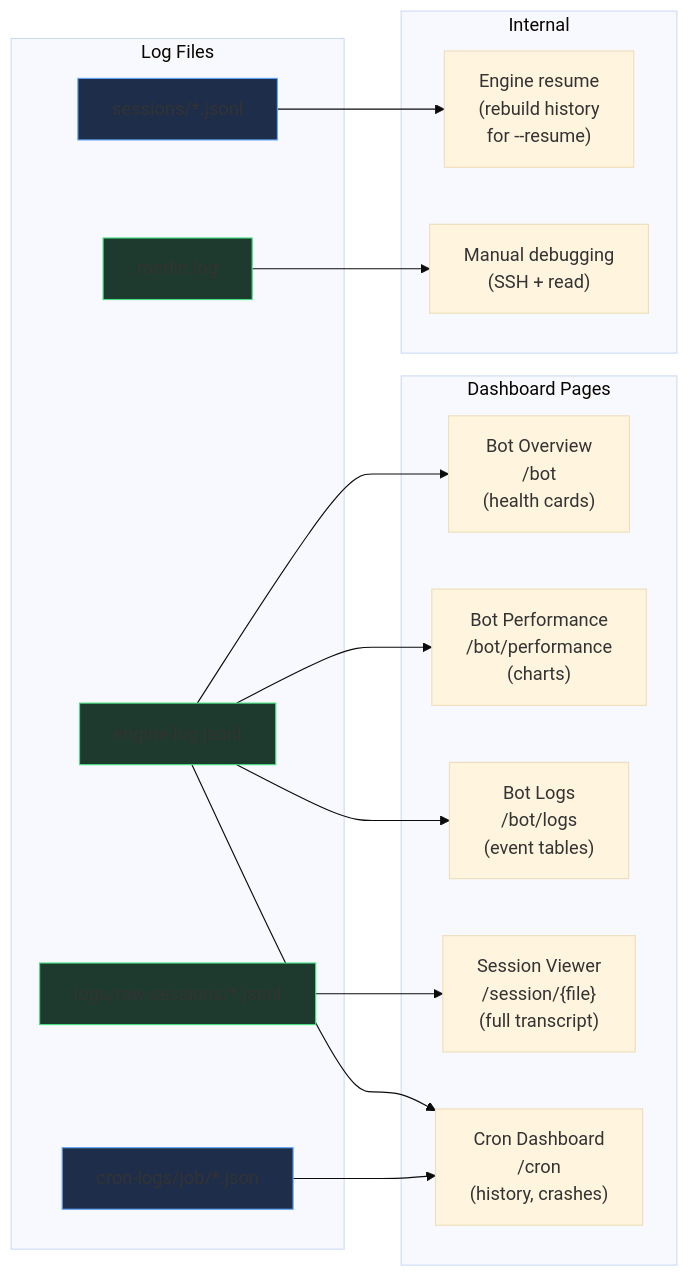
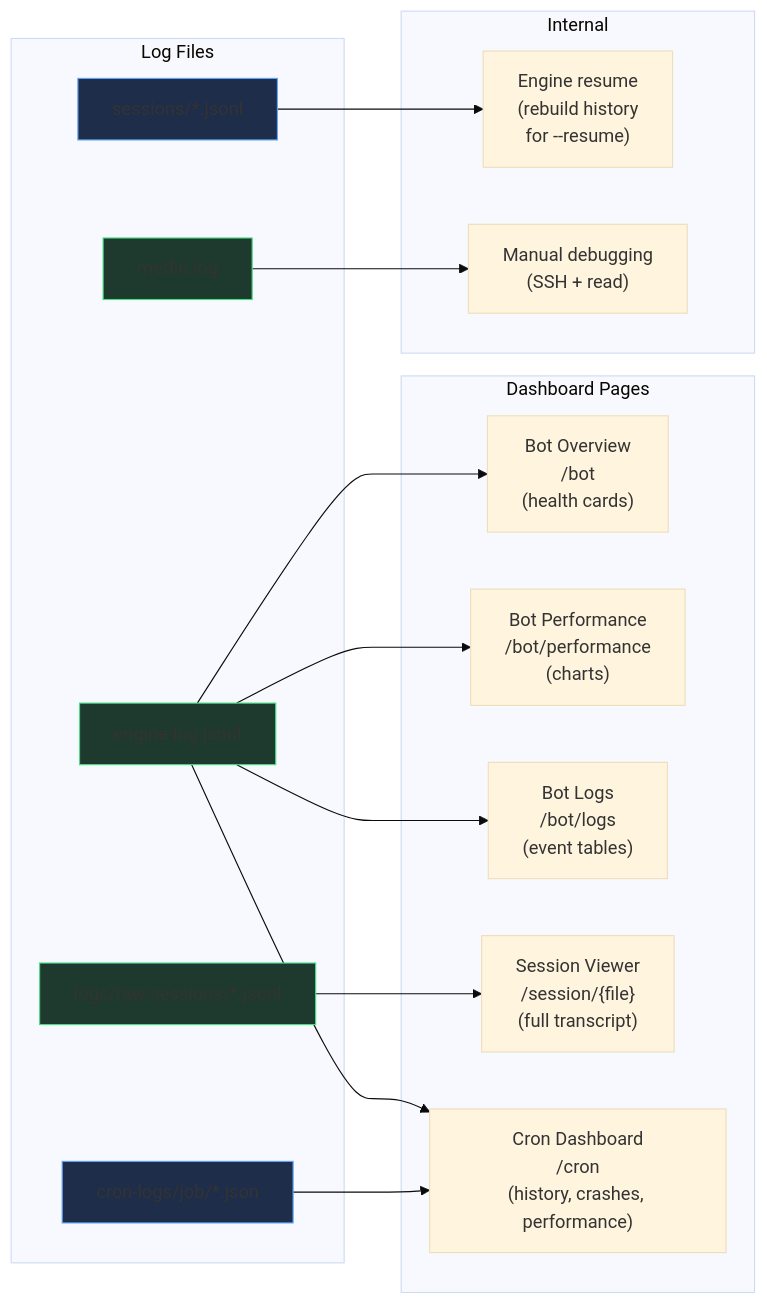
One commit to ArnaudValensi/merlin changed the diagram in docs/logging-system/consumers.mmd. Above: the diagram before and after it, drawn with Mermaid (base theme). The commit also changed 14 other files, not shown here.

First line of the commit message:
Add cron performance tab with shared event reader and aggregator

```diff
--- a/docs/logging-system/consumers.mmd
+++ b/docs/logging-system/consumers.mmd
@@ -1,40 +1,40 @@
 flowchart LR
     subgraph Storage["Log Files"]
         EL["engine-log.jsonl"]
         RS["logs/raw-sessions/*.jsonl"]
         CLG["cron-logs/job/*.json"]
         ML["merlin.log"]
         SS["sessions/*.jsonl"]
     end
 
     subgraph Dashboard["Dashboard Pages"]
         BO["Bot Overview\n/bot\n(health cards)"]
         BP["Bot Performance\n/bot/performance\n(charts)"]
         BLG["Bot Logs\n/bot/logs\n(event tables)"]
         SV["Session Viewer\n/session/{file}\n(full transcript)"]
-        CD["Cron Dashboard\n/cron\n(history, crashes)"]
+        CD["Cron Dashboard\n/cron\n(history, crashes, performance)"]
     end
 
     subgraph Internal["Internal"]
         ER["Engine resume\n(rebuild history\nfor --resume)"]
         DBG["Manual debugging\n(SSH + read)"]
     end
 
     EL --> BO
     EL --> BP
     EL --> BLG
     EL --> CD
 
     RS --> SV
 
     CLG --> CD
 
     SS --> ER
 
     ML --> DBG
 
     style EL fill:#1e3a2f,stroke:#4ade80
     style RS fill:#1e3a2f,stroke:#4ade80
     style CLG fill:#1e2d4a,stroke:#60a5fa
     style SS fill:#1e2d4a,stroke:#60a5fa
     style ML fill:#1e3a2f,stroke:#4ade80
```
